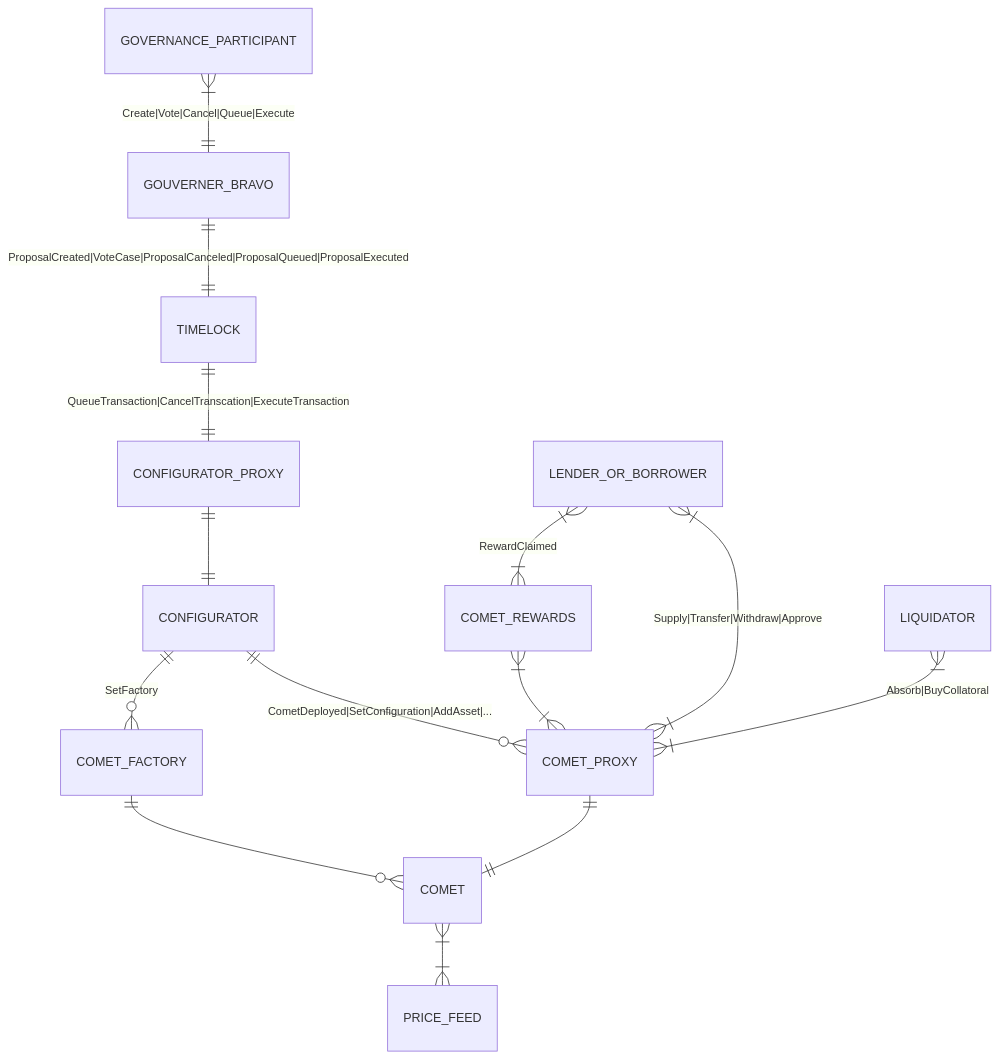
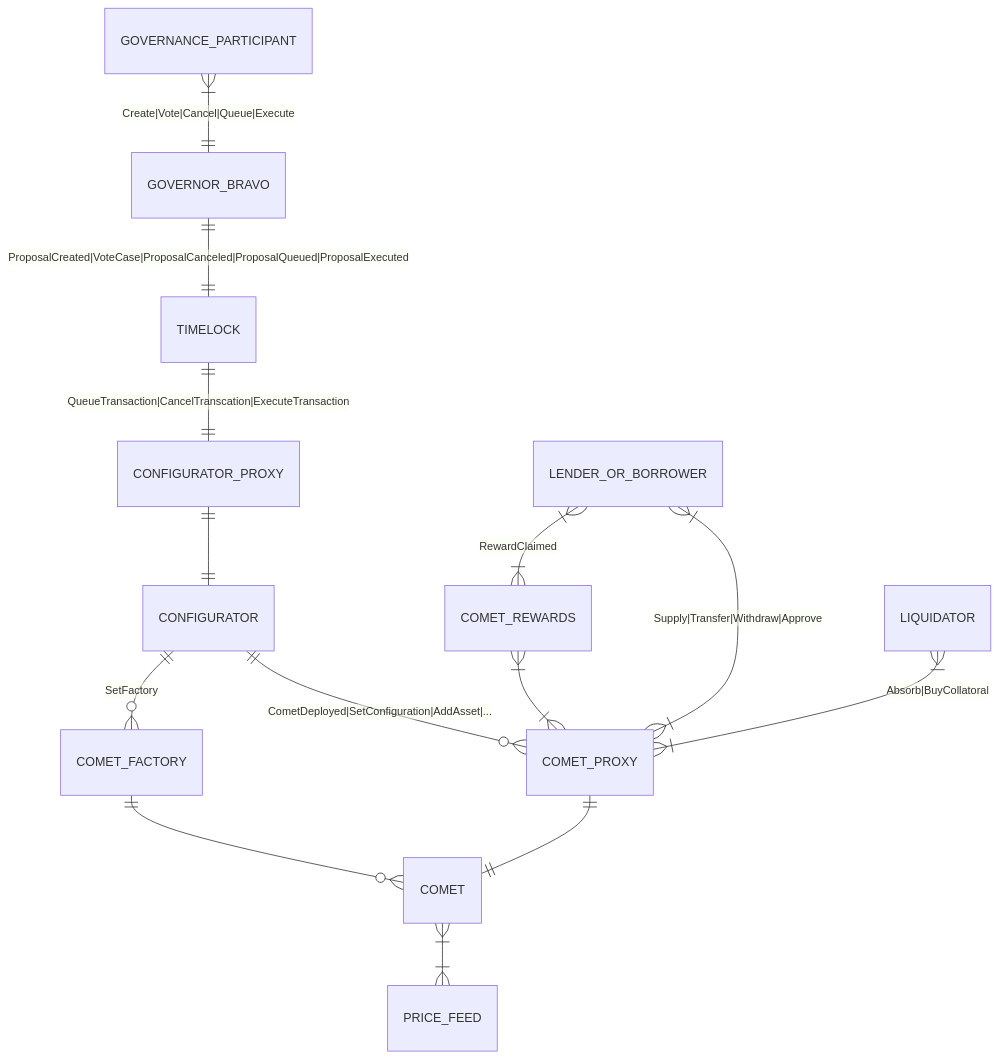
Before and after one commit to papercliplabs/compound-v3-subgraph: the diagram in README.md, drawn with Mermaid.

````diff
--- a/README.md
+++ b/README.md
@@ -27,16 +27,16 @@
 ```mermaid
 erDiagram
-		GOUVERNER_BRAVO ||--|| TIMELOCK : "ProposalCreated|VoteCase|ProposalCanceled|ProposalQueued|ProposalExecuted"
+		GOVERNOR_BRAVO ||--|| TIMELOCK : "ProposalCreated|VoteCase|ProposalCanceled|ProposalQueued|ProposalExecuted"
 		TIMELOCK ||--|| CONFIGURATOR_PROXY : "QueueTransaction|CancelTranscation|ExecuteTransaction"
 		CONFIGURATOR_PROXY ||--|| CONFIGURATOR : ""
 		CONFIGURATOR ||--o{ COMET_FACTORY : "SetFactory"
 		COMET_FACTORY ||--o{ COMET : ""
 		CONFIGURATOR ||--o{ COMET_PROXY : "CometDeployed|SetConfiguration|AddAsset|..."
 		COMET_REWARDS }|--|{ COMET_PROXY : ""
 		COMET_PROXY ||--|| COMET : ""
 		LENDER_OR_BORROWER }|--|{ COMET_PROXY : "Supply|Transfer|Withdraw|Approve"
 		LENDER_OR_BORROWER }|--|{ COMET_REWARDS : "RewardClaimed"
-		GOVERNANCE_PARTICIPANT }|--|| GOUVERNER_BRAVO : "Create|Vote|Cancel|Queue|Execute"
+		GOVERNANCE_PARTICIPANT }|--|| GOVERNOR_BRAVO : "Create|Vote|Cancel|Queue|Execute"
 		LIQUIDATOR }|--|{ COMET_PROXY : "Absorb|BuyCollatoral"
 		COMET }|--|{ PRICE_FEED : ""
 ```
````
